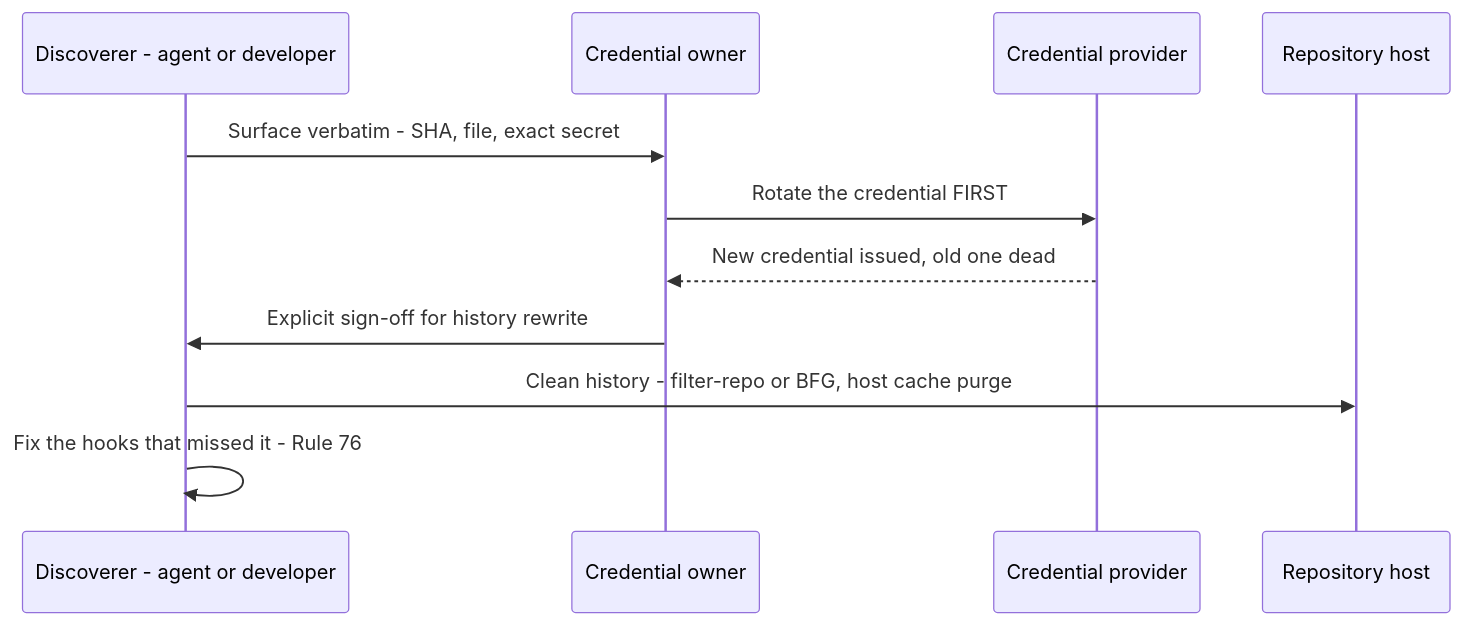
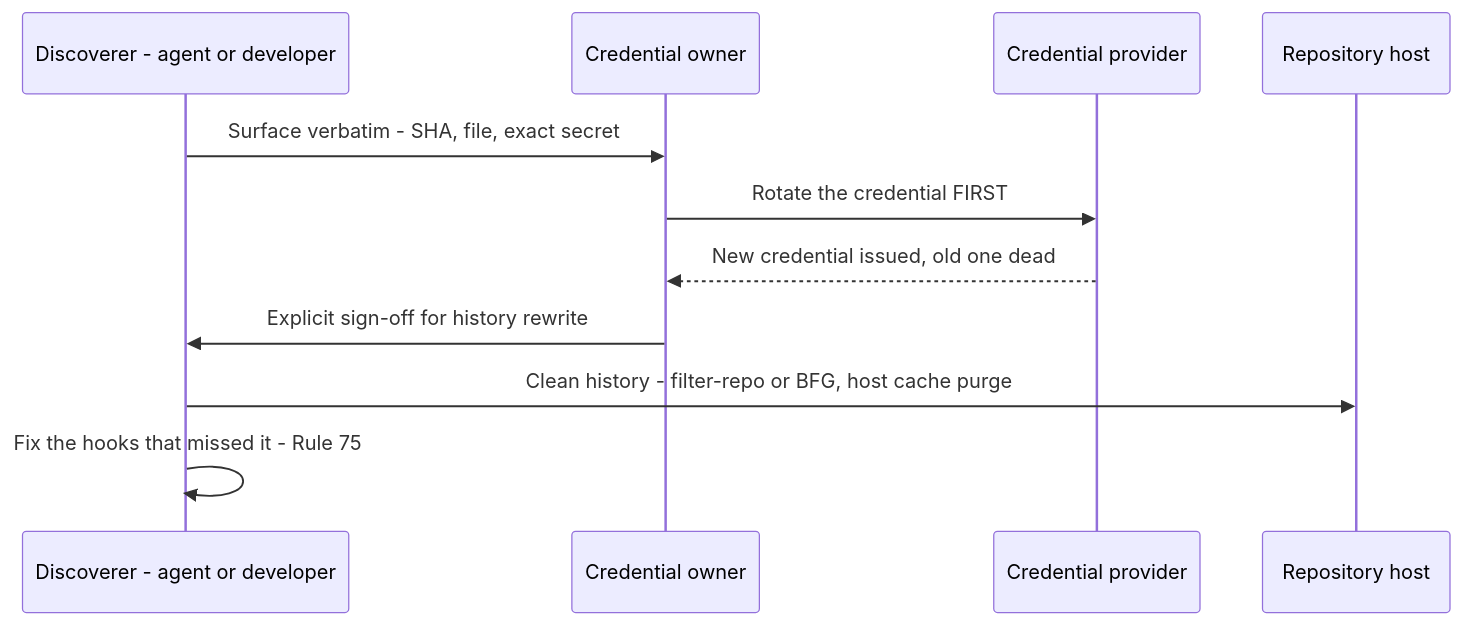
The second of 6 diagrams in book/ch04.md (edhaynes/eds-rules), drawn with Mermaid before and after one commit. The commit also changed other lines of this file and 10 other files, not shown here.

````diff
--- a/book/ch04.md
+++ b/book/ch04.md
@@ -51,13 +53,13 @@
 ```mermaid
 sequenceDiagram
     participant D as Discoverer - agent or developer
     participant O as Credential owner
     participant P as Credential provider
     participant R as Repository host
     D->>O: Surface verbatim - SHA, file, exact secret
     O->>P: Rotate the credential FIRST
     P-->>O: New credential issued, old one dead
     O->>D: Explicit sign-off for history rewrite
     D->>R: Clean history - filter-repo or BFG, host cache purge
-    D->>D: Fix the hooks that missed it - Rule 76
+    D->>D: Fix the hooks that missed it - Rule 75
 ```
````
